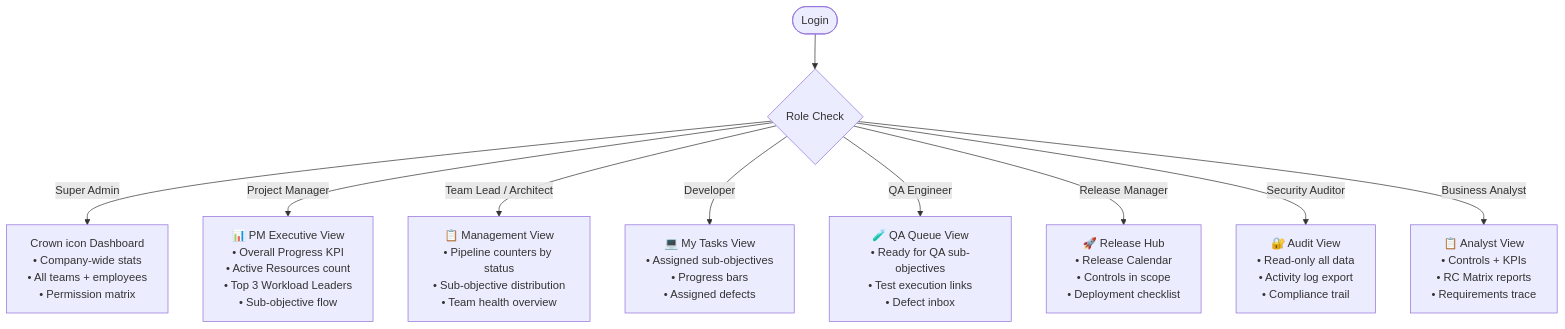
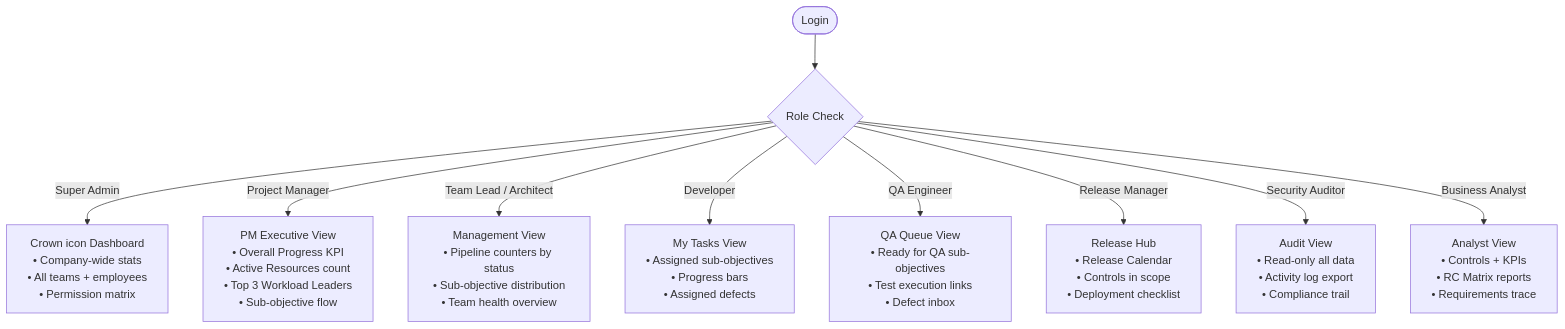
Diagram 11 of 12 in docs/USER_MANUAL.md (Osandi-Hirimuthugoda/ControlApp), drawn with Mermaid before and after one commit. The commit also changed other lines of this file, not shown here.

````diff
--- a/docs/USER_MANUAL.md
+++ b/docs/USER_MANUAL.md
@@ -766,12 +766,12 @@
 ```mermaid
 graph TD
     Login([Login]) --> Check{Role Check}
     Check -->|Super Admin| SA["Crown icon Dashboard\n• Company-wide stats\n• All teams + employees\n• Permission matrix"]
-    Check -->|Project Manager| PM["📊 PM Executive View\n• Overall Progress KPI\n• Active Resources count\n• Top 3 Workload Leaders\n• Sub-objective flow"]
-    Check -->|Team Lead / Architect| TL["📋 Management View\n• Pipeline counters by status\n• Sub-objective distribution\n• Team health overview"]
-    Check -->|Developer| DEV["💻 My Tasks View\n• Assigned sub-objectives\n• Progress bars\n• Assigned defects"]
-    Check -->|QA Engineer| QA["🧪 QA Queue View\n• Ready for QA sub-objectives\n• Test execution links\n• Defect inbox"]
-    Check -->|Release Manager| RM["🚀 Release Hub\n• Release Calendar\n• Controls in scope\n• Deployment checklist"]
-    Check -->|Security Auditor| AUD["🔐 Audit View\n• Read-only all data\n• Activity log export\n• Compliance trail"]
-    Check -->|Business Analyst| BA["📋 Analyst View\n• Controls + KPIs\n• RC Matrix reports\n• Requirements trace"]
+    Check -->|Project Manager| PM[" PM Executive View\n• Overall Progress KPI\n• Active Resources count\n• Top 3 Workload Leaders\n• Sub-objective flow"]
+    Check -->|Team Lead / Architect| TL[" Management View\n• Pipeline counters by status\n• Sub-objective distribution\n• Team health overview"]
+    Check -->|Developer| DEV[" My Tasks View\n• Assigned sub-objectives\n• Progress bars\n• Assigned defects"]
+    Check -->|QA Engineer| QA[" QA Queue View\n• Ready for QA sub-objectives\n• Test execution links\n• Defect inbox"]
+    Check -->|Release Manager| RM[" Release Hub\n• Release Calendar\n• Controls in scope\n• Deployment checklist"]
+    Check -->|Security Auditor| AUD[" Audit View\n• Read-only all data\n• Activity log export\n• Compliance trail"]
+    Check -->|Business Analyst| BA[" Analyst View\n• Controls + KPIs\n• RC Matrix reports\n• Requirements trace"]
 ```
````
